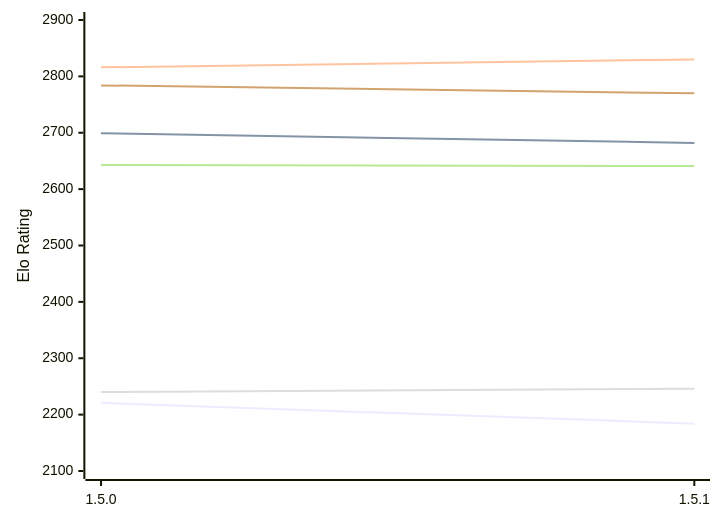
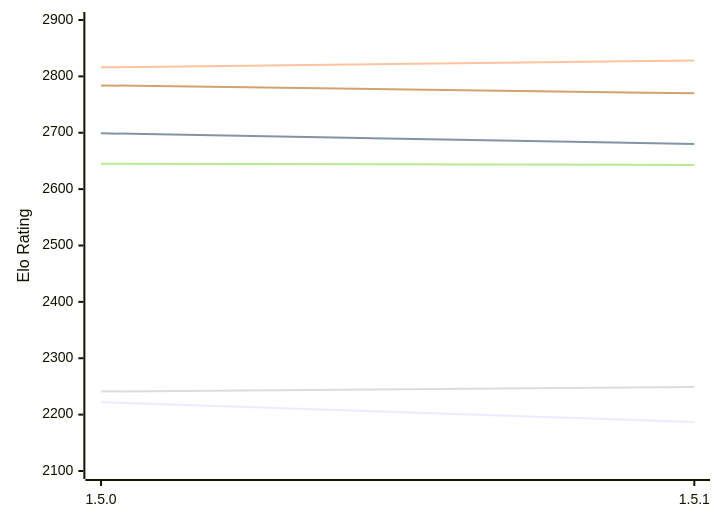
One commit to computer-chess-index/cci changed the first of 2 diagrams in engines/Coco.md. Above: the diagram before and after it, drawn with Mermaid. The commit also changed other lines of this file, not shown here.

Commit message:
Update CCI Ratings (ELO VLTC) - 2026-11-19

````diff
--- a/engines/Coco.md
+++ b/engines/Coco.md
@@ -50,12 +50,12 @@
 ```mermaid
 %%{init: {"theme":"base","themeVariables":{"seriesColors:['#a3a3a3','#222221','#faa371']}}}%%
 xychart-beta
   x-axis ["1.5.0", "1.5.1"]
   y-axis "Elo Rating" 2100 --> 2900
-  line "E1: STC (8.0+0.08s)" [2221, 2184]
-  line "E1: LTC (60.0+0.60s)" [2699, 2682]
-  line "E1: VLTC (2m24s+1.12s)" [2816, 2830]
-  line "P1: STC (8.0+0.08s)" [2240, 2246]
-  line "P1: LTC (60.0+0.60s)" [2643, 2641]
+  line "E1: STC (8.0+0.08s)" [2222, 2187]
+  line "E1: LTC (60.0+0.60s)" [2699, 2680]
+  line "E1: VLTC (2m24s+1.12s)" [2816, 2828]
+  line "P1: STC (8.0+0.08s)" [2241, 2249]
+  line "P1: LTC (60.0+0.60s)" [2645, 2643]
   line "P1: VLTC (2m24s+1.12s)" [2784, 2770]
 ```
````
